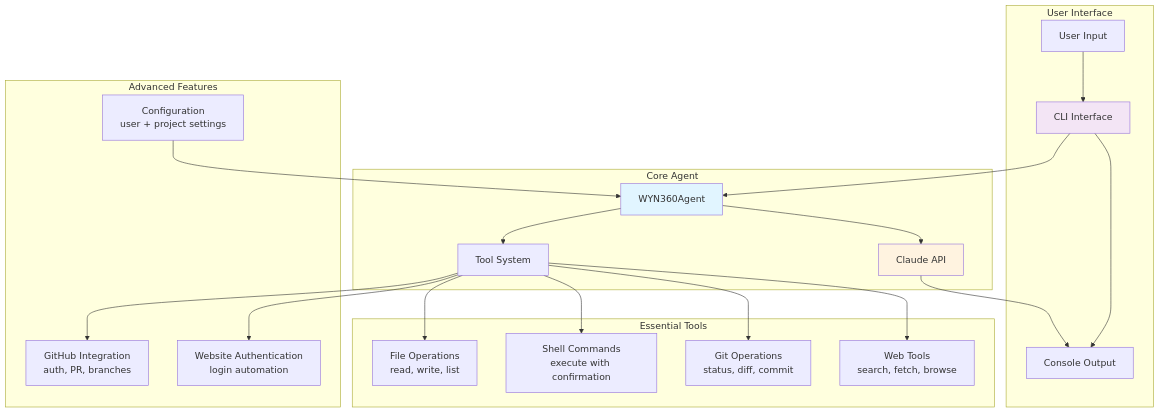
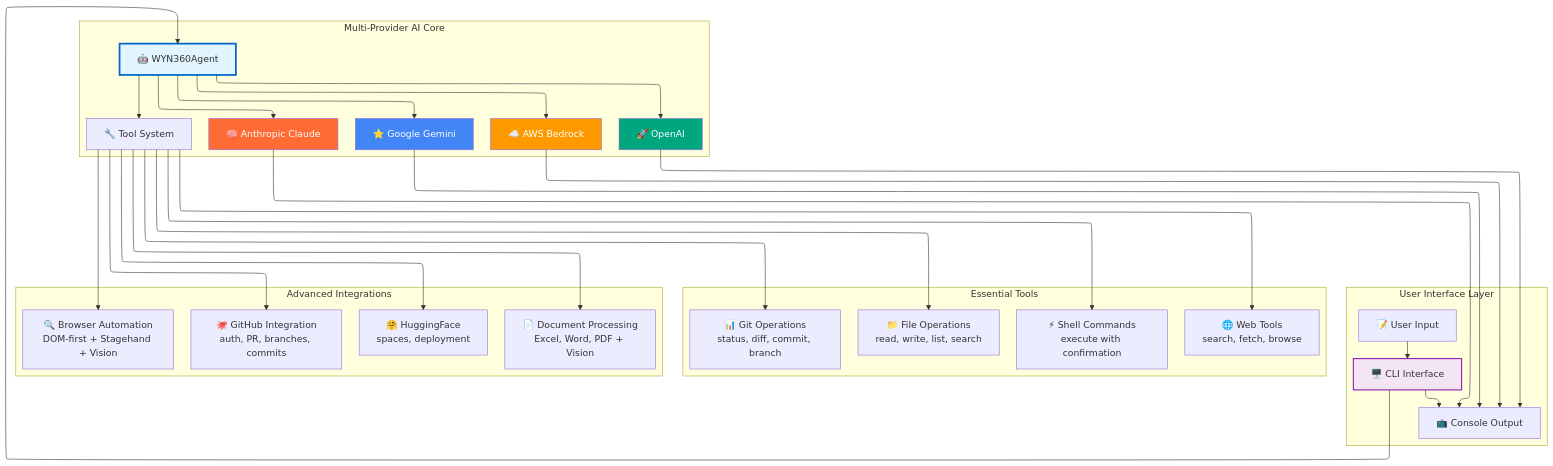
Before and after one commit to yiqiao-yin/wyn360-cli: the first of 8 diagrams in docusaurus-docs/docs/architecture/system.md, drawn with Mermaid. The commit also changed other lines of this file and 2 other files, not shown here.

First line of the commit message:
docs: Enhance documentation with elk layout diagrams and accurate browser automation info (v0.3.60)

````diff
--- a/docusaurus-docs/docs/architecture/system.md
+++ b/docusaurus-docs/docs/architecture/system.md
@@ -16,45 +16,66 @@
 ```mermaid
+---
+config:
+  layout: elk
+  elk:
+    algorithm: layered
+    direction: DOWN
+---
 graph TB
-    subgraph "User Interface"
-        CLI[CLI Interface]
-        Input[User Input]
-        Output[Console Output]
+    subgraph "User Interface Layer"
+        CLI[🖥️ CLI Interface]
+        Input[📝 User Input]
+        Output[📺 Console Output]
     end
 
-    subgraph "Core Agent"
-        Agent[WYN360Agent]
-        Model[Claude API]
-        Tools[Tool System]
+    subgraph "Multi-Provider AI Core"
+        Agent[🤖 WYN360Agent]
+        Claude[🧠 Anthropic Claude]
+        Gemini[⭐ Google Gemini]
+        Bedrock[☁️ AWS Bedrock]
+        OpenAI[🚀 OpenAI]
+        Tools[🔧 Tool System]
     end
 
     subgraph "Essential Tools"
-        Files[File Operations<br/>read, write, list]
-        Commands[Shell Commands<br/>execute with confirmation]
-        Git[Git Operations<br/>status, diff, commit]
-        Web[Web Tools<br/>search, fetch, browse]
+        Files[📁 File Operations<br/>read, write, list, search]
+        Commands[⚡ Shell Commands<br/>execute with confirmation]
+        Git[📊 Git Operations<br/>status, diff, commit, branch]
+        Web[🌐 Web Tools<br/>search, fetch, browse]
     end
 
-    subgraph "Advanced Features"
-        GitHub[GitHub Integration<br/>auth, PR, branches]
-        Auth[Website Authentication<br/>login automation]
-        Config[Configuration<br/>user + project settings]
+    subgraph "Advanced Integrations"
+        GitHub[🐙 GitHub Integration<br/>auth, PR, branches, commits]
+        HF[🤗 HuggingFace<br/>spaces, deployment]
+        Browser[🔍 Browser Automation<br/>DOM-first + Stagehand + Vision]
+        Docs[📄 Document Processing<br/>Excel, Word, PDF + Vision]
     end
 
     Input --> CLI
     CLI --> Agent
-    Agent --> Model
+    Agent --> Claude
+    Agent --> Gemini
+    Agent --> Bedrock
+    Agent --> OpenAI
     Agent --> Tools
     Tools --> Files
     Tools --> Commands
     Tools --> Git
     Tools --> Web
     Tools --> GitHub
-    Tools --> Auth
-    Config --> Agent
-    Model --> Output
+    Tools --> HF
+    Tools --> Browser
+    Tools --> Docs
+    Claude --> Output
+    Gemini --> Output
+    Bedrock --> Output
+    OpenAI --> Output
     CLI --> Output
 
-    style Agent fill:#e1f5ff
-    style Model fill:#fff3e0
-    style CLI fill:#f3e5f5
+    style Agent fill:#e1f5ff,stroke:#0066cc,stroke-width:3px
+    style Claude fill:#ff6b35,color:#fff
+    style Gemini fill:#4285f4,color:#fff
+    style Bedrock fill:#ff9900,color:#fff
+    style OpenAI fill:#00a67e,color:#fff
+    style CLI fill:#f3e5f5,stroke:#9c27b0,stroke-width:2px
 ```
````
